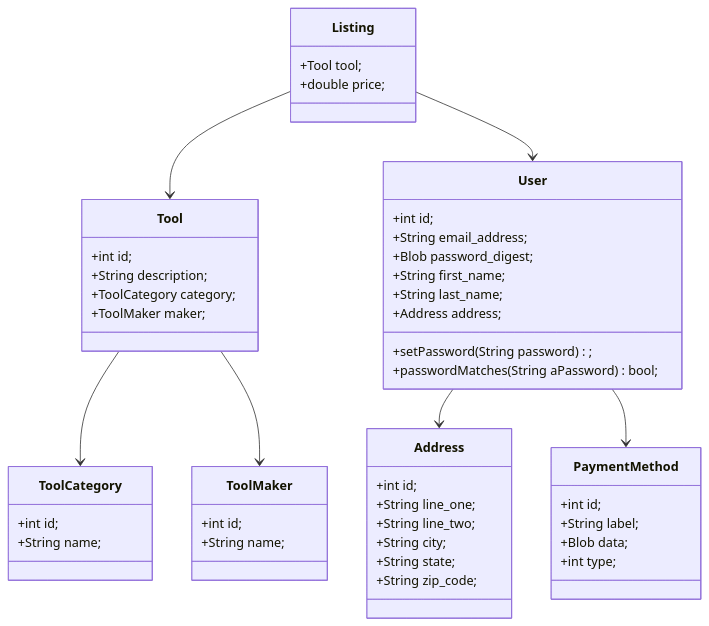
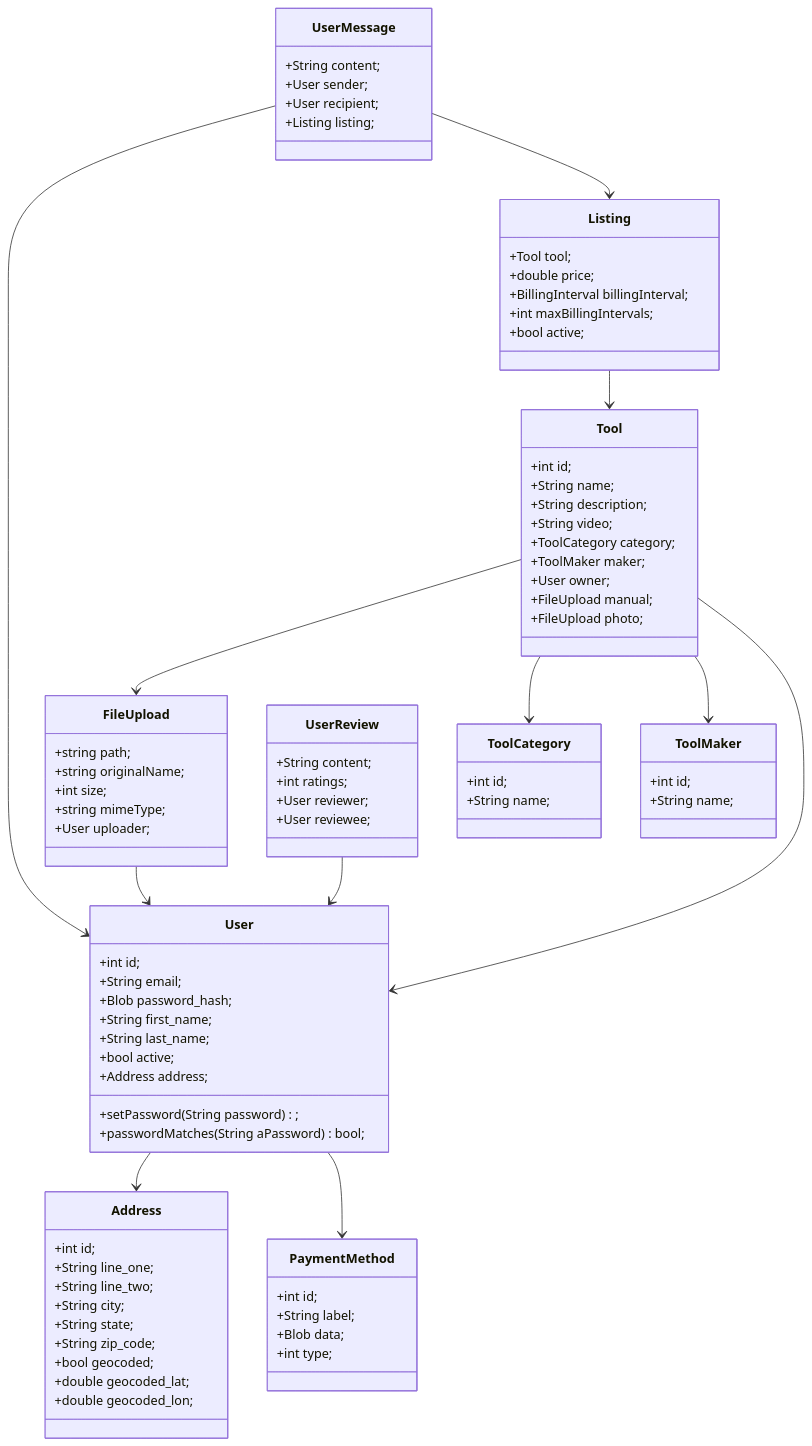
Before and after one commit to Capstone-Projects-2023-Spring/project-tool-shed: the first of 5 diagrams in documentation/docs/system-architecture/design.md, drawn with Mermaid.

````diff
--- a/documentation/docs/system-architecture/design.md
+++ b/documentation/docs/system-architecture/design.md
@@ -13,6 +13,9 @@
         +String city;
         +String state;
         +String zip_code;
+        +bool geocoded;
+        +double geocoded_lat;
+        +double geocoded_lon;
     }
     class PaymentMethod {
         +int id;
@@ -22,10 +25,11 @@
     }
     class User{
         +int id;
-        +String email_address;
-        +Blob password_digest;
+        +String email;
+        +Blob password_hash;
         +String first_name;
         +String last_name;
+        +bool active;
         +Address address;
         +setPassword(String password);
         +passwordMatches(String aPassword) bool;
@@ -36,9 +40,14 @@
     }
     class Tool {
         +int id;
+        +String name;
         +String description;
+        +String video;
         +ToolCategory category;
         +ToolMaker maker;
+        +User owner;
+        +FileUpload manual;
+        +FileUpload photo;
     }
     class ToolMaker {
         +int id;
@@ -47,11 +56,42 @@
     class Listing {
         +Tool tool;
         +double price;
+        +BillingInterval billingInterval;
+        +int maxBillingIntervals;
+        +bool active;
     }
+
+    class UserMessage {
+        +String content;
+        +User sender;
+        +User recipient;
+        +Listing listing;
+    }
+
+    class UserReview {
+        +String content;
+        +int ratings;
+        +User reviewer;
+        +User reviewee;
+    }
+
+    class FileUpload {
+        +string path;
+        +string originalName;
+        +int size;
+        +string mimeType;
+        +User uploader;
+    }
+
+    Tool --> FileUpload
+    FileUpload --> User
+    UserReview --> User
+    UserMessage --> User
+    UserMessage --> Listing
     Tool --> ToolCategory
     Tool --> ToolMaker
     Listing --> Tool
-    Listing --> User
+    Tool --> User
     User --> Address
     User --> PaymentMethod
 ```
````
